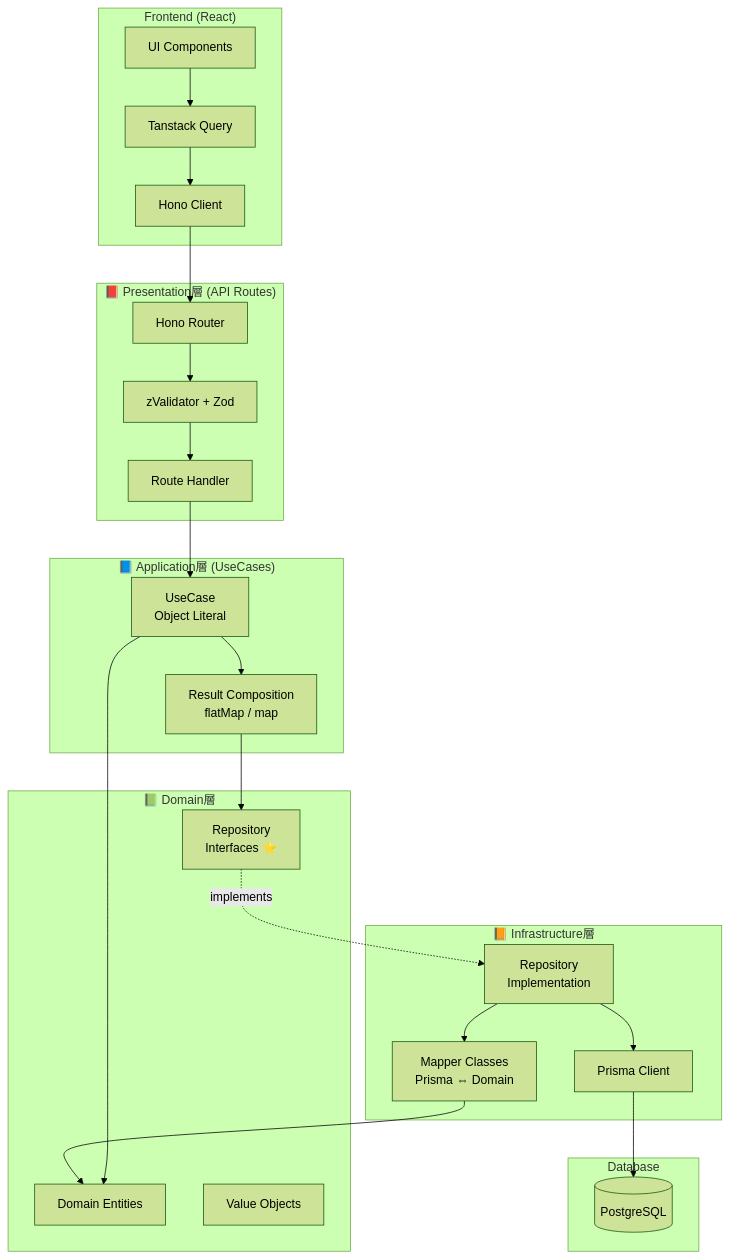
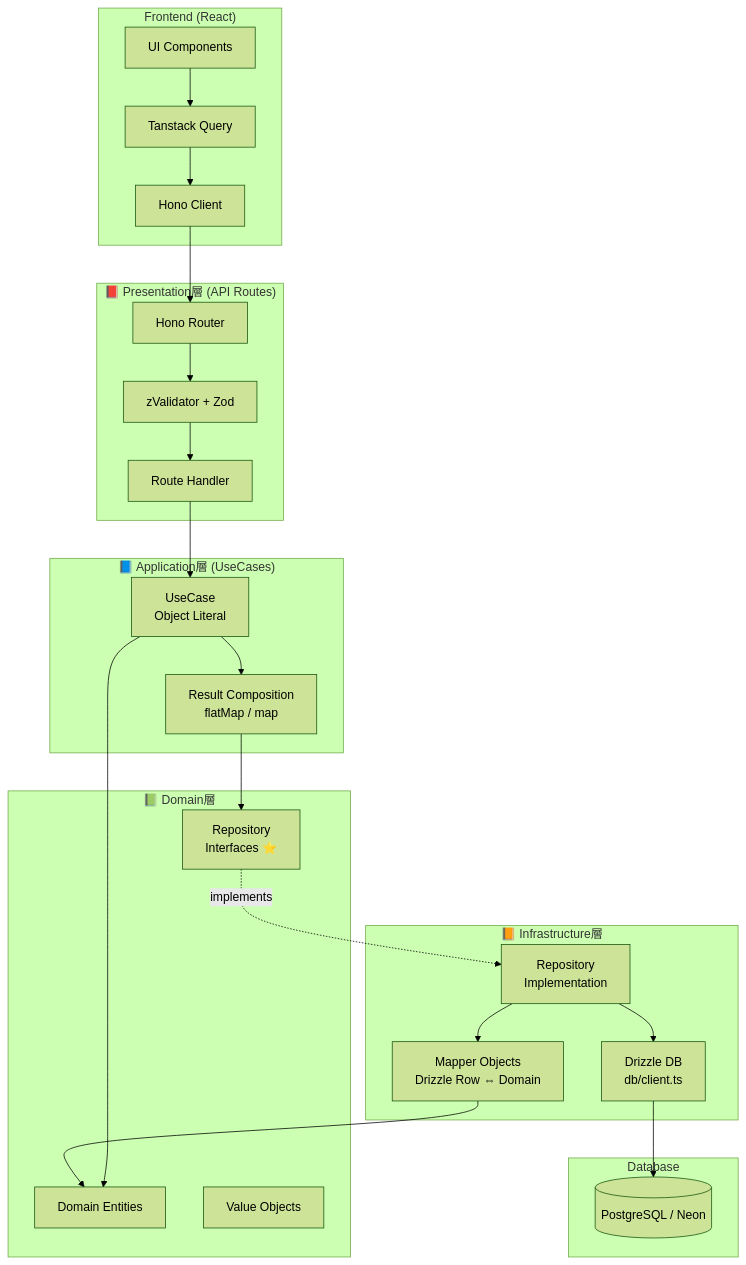
The diagram in docs/einja/steering/development/backend-architecture.md (einja-inc/einja-management-template), drawn with Mermaid (forest theme) before and after one commit. The commit also changed other lines of this file and 65 other files, not shown here.

````diff
--- a/docs/einja/steering/development/backend-architecture.md
+++ b/docs/einja/steering/development/backend-architecture.md
@@ -142,50 +153,50 @@
 ```mermaid
 graph TD
     subgraph "Frontend (React)"
         UI[UI Components]
         TQ[Tanstack Query]
         HC[Hono Client]
     end
 
     subgraph "📕 Presentation層 (API Routes)"
         Router[Hono Router]
         Validator[zValidator + Zod]
         Handler[Route Handler]
     end
 
     subgraph "📘 Application層 (UseCases)"
         UC[UseCase<br/>Object Literal]
         ResultCompose[Result Composition<br/>flatMap / map]
     end
 
     subgraph "📗 Domain層"
         Entity[Domain Entities]
         VO[Value Objects]
         RepoIF[Repository<br/>Interfaces ⭐]
     end
 
     subgraph "📙 Infrastructure層"
-        Mapper[Mapper Classes<br/>Prisma ⇔ Domain]
+        Mapper[Mapper Objects<br/>Drizzle Row ⇔ Domain]
         RepoImpl[Repository<br/>Implementation]
-        PrismaClient[Prisma Client]
+        DrizzleDB[Drizzle DB<br/>db/client.ts]
     end
 
     subgraph "Database"
-        DB[(PostgreSQL)]
+        DB[(PostgreSQL / Neon)]
     end
 
     UI --> TQ
     TQ --> HC
     HC --> Router
     Router --> Validator
     Validator --> Handler
     Handler --> UC
     UC --> ResultCompose
     ResultCompose --> RepoIF
     RepoIF -.implements.-> RepoImpl
     RepoImpl --> Mapper
-    RepoImpl --> PrismaClient
+    RepoImpl --> DrizzleDB
     Mapper --> Entity
     UC --> Entity
-    PrismaClient --> DB
+    DrizzleDB --> DB
 ```
````
